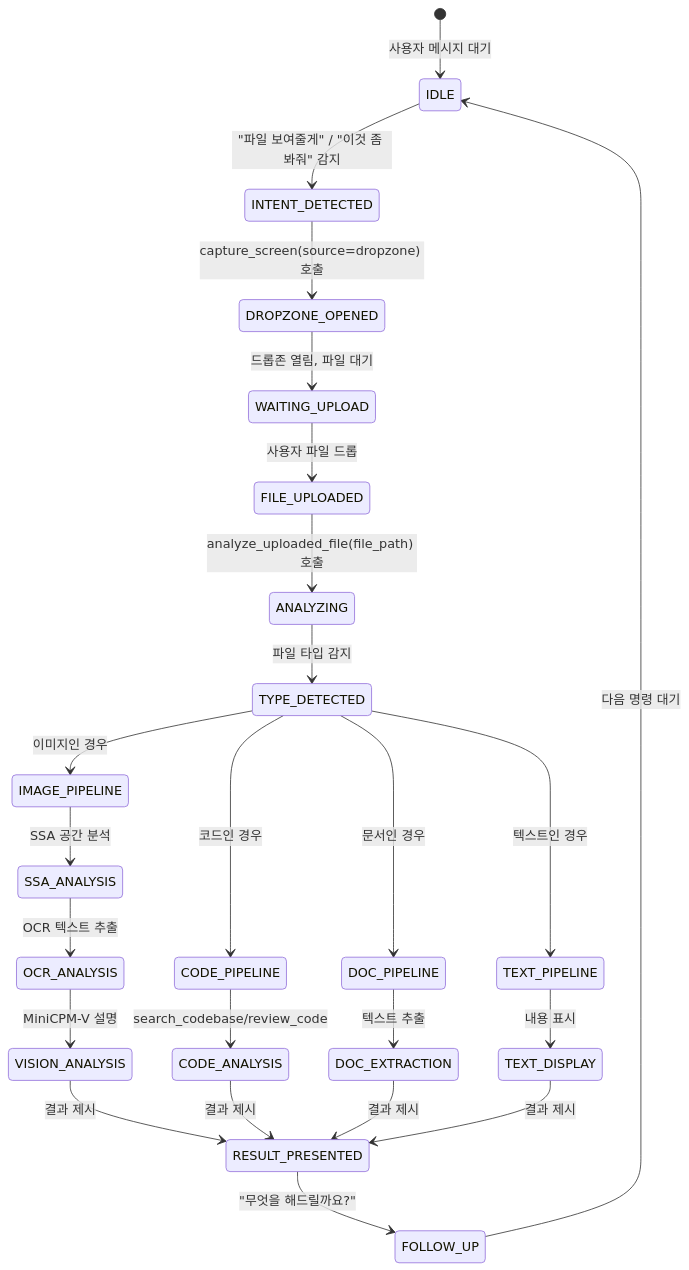
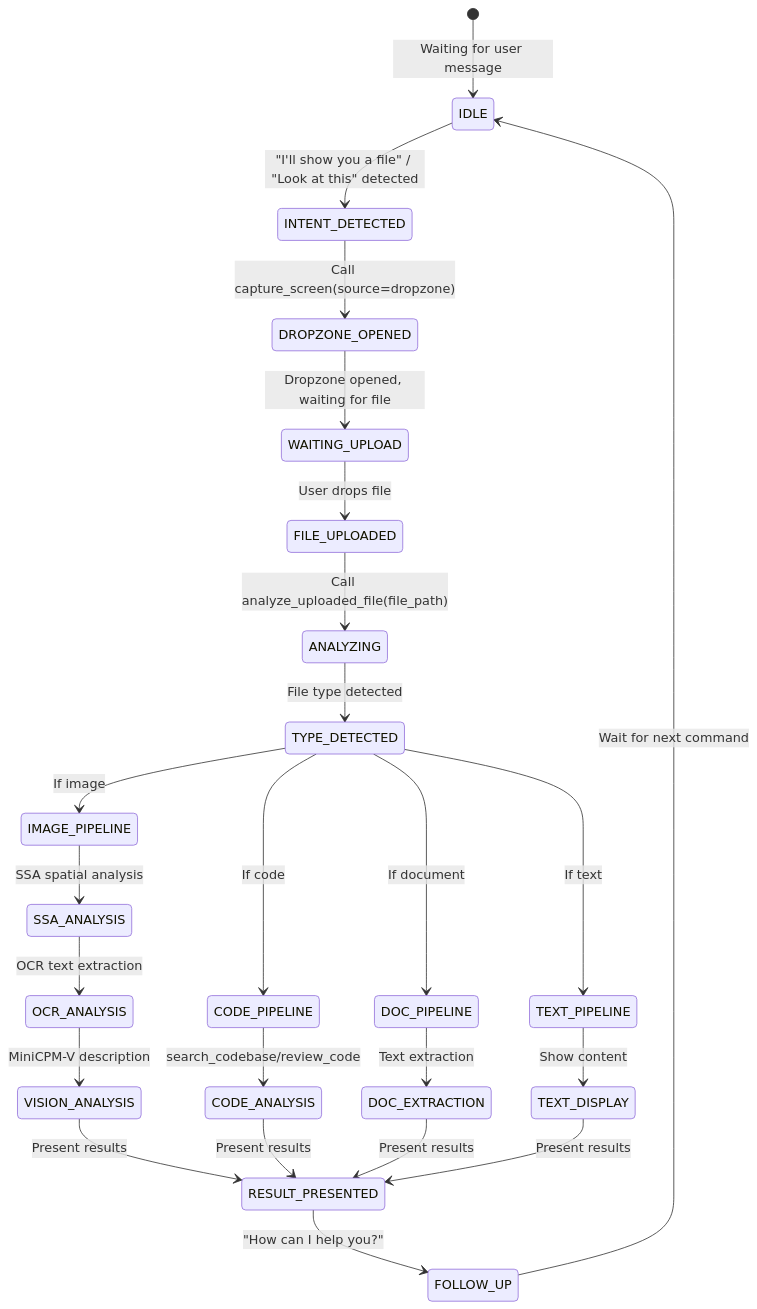
One commit to myk1yt/VibeZoo changed the second of 4 diagrams in plans/ux-workflow-design.md. Above: the diagram before and after it, drawn with Mermaid. The commit also changed other lines of this file and 17 other files, not shown here.

````diff
--- a/plans/ux-workflow-design.md
+++ b/plans/ux-workflow-design.md
@@ -166,26 +166,26 @@
 ```mermaid
 stateDiagram-v2
-    [*] --> IDLE: 사용자 메시지 대기
-    IDLE --> INTENT_DETECTED: "파일 보여줄게" / "이것 좀 봐줘" 감지
-    INTENT_DETECTED --> DROPZONE_OPENED: capture_screen(source=dropzone) 호출
-    DROPZONE_OPENED --> WAITING_UPLOAD: 드롭존 열림, 파일 대기
-    WAITING_UPLOAD --> FILE_UPLOADED: 사용자 파일 드롭
-    FILE_UPLOADED --> ANALYZING: analyze_uploaded_file(file_path) 호출
-    ANALYZING --> TYPE_DETECTED: 파일 타입 감지
-    TYPE_DETECTED --> IMAGE_PIPELINE: 이미지인 경우
-    TYPE_DETECTED --> CODE_PIPELINE: 코드인 경우
-    TYPE_DETECTED --> DOC_PIPELINE: 문서인 경우
-    TYPE_DETECTED --> TEXT_PIPELINE: 텍스트인 경우
-    IMAGE_PIPELINE --> SSA_ANALYSIS: SSA 공간 분석
-    SSA_ANALYSIS --> OCR_ANALYSIS: OCR 텍스트 추출
-    OCR_ANALYSIS --> VISION_ANALYSIS: MiniCPM-V 설명
-    VISION_ANALYSIS --> RESULT_PRESENTED: 결과 제시
+    [*] --> IDLE: Waiting for user message
+    IDLE --> INTENT_DETECTED: "I'll show you a file" / "Look at this" detected
+    INTENT_DETECTED --> DROPZONE_OPENED: Call capture_screen(source=dropzone)
+    DROPZONE_OPENED --> WAITING_UPLOAD: Dropzone opened, waiting for file
+    WAITING_UPLOAD --> FILE_UPLOADED: User drops file
+    FILE_UPLOADED --> ANALYZING: Call analyze_uploaded_file(file_path)
+    ANALYZING --> TYPE_DETECTED: File type detected
+    TYPE_DETECTED --> IMAGE_PIPELINE: If image
+    TYPE_DETECTED --> CODE_PIPELINE: If code
+    TYPE_DETECTED --> DOC_PIPELINE: If document
+    TYPE_DETECTED --> TEXT_PIPELINE: If text
+    IMAGE_PIPELINE --> SSA_ANALYSIS: SSA spatial analysis
+    SSA_ANALYSIS --> OCR_ANALYSIS: OCR text extraction
+    OCR_ANALYSIS --> VISION_ANALYSIS: MiniCPM-V description
+    VISION_ANALYSIS --> RESULT_PRESENTED: Present results
     CODE_PIPELINE --> CODE_ANALYSIS: search_codebase/review_code
-    CODE_ANALYSIS --> RESULT_PRESENTED: 결과 제시
-    DOC_PIPELINE --> DOC_EXTRACTION: 텍스트 추출
-    DOC_EXTRACTION --> RESULT_PRESENTED: 결과 제시
-    TEXT_PIPELINE --> TEXT_DISPLAY: 내용 표시
-    TEXT_DISPLAY --> RESULT_PRESENTED: 결과 제시
-    RESULT_PRESENTED --> FOLLOW_UP: "무엇을 해드릴까요?"
-    FOLLOW_UP --> IDLE: 다음 명령 대기
+    CODE_ANALYSIS --> RESULT_PRESENTED: Present results
+    DOC_PIPELINE --> DOC_EXTRACTION: Text extraction
+    DOC_EXTRACTION --> RESULT_PRESENTED: Present results
+    TEXT_PIPELINE --> TEXT_DISPLAY: Show content
+    TEXT_DISPLAY --> RESULT_PRESENTED: Present results
+    RESULT_PRESENTED --> FOLLOW_UP: "How can I help you?"
+    FOLLOW_UP --> IDLE: Wait for next command
 ```
````
